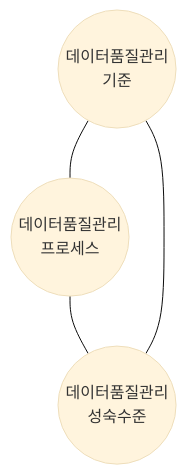
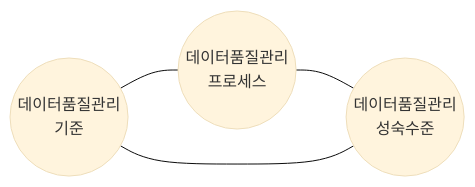
The diagram in blog/pe/db/data-quality-management.md (gracefullight/gracefullight.github.io), drawn with Mermaid (base theme) before and after one commit.

Commit message:
docs: 📚️ graph format

````diff
--- a/blog/pe/db/data-quality-management.md
+++ b/blog/pe/db/data-quality-management.md
@@ -40,8 +40,8 @@
 ```mermaid
-graph TB
+graph LR
   데이터품질관리기준((데이터품질관리\n기준))
   데이터품질관리프로세스((데이터품질관리\n프로세스))
   데이터품질관리성숙수준((데이터품질관리\n성숙수준))
 
   데이터품질관리기준 --- 데이터품질관리프로세스 --- 데이터품질관리성숙수준 --- 데이터품질관리기준
 ```
````
